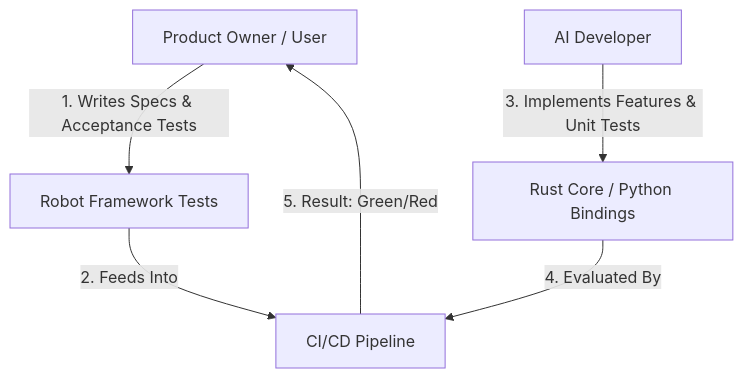
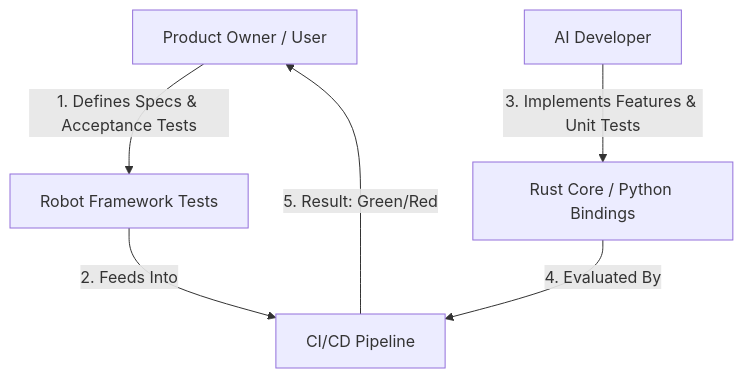
Before and after one commit to pcasteran/tabularix: the diagram in README.md, drawn with Mermaid. The commit also changed other lines of this file and 7 other files, not shown here.

````diff
--- a/README.md
+++ b/README.md
@@ -59,8 +61,8 @@
 ```mermaid
 graph TD
-    User[Product Owner / User] -->|1. Writes Specs & Acceptance Tests| Robot[Robot Framework Tests]
+    User[Product Owner / User] -->|1. Defines Specs & Acceptance Tests| Robot[Robot Framework Tests]
     Robot -->|2. Feeds Into| CI[CI/CD Pipeline]
     AI[AI Developer] -->|3. Implements Features & Unit Tests| Code[Rust Core / Python Bindings]
     Code -->|4. Evaluated By| CI
     CI -->|5. Result: Green/Red| User
 ```
````
